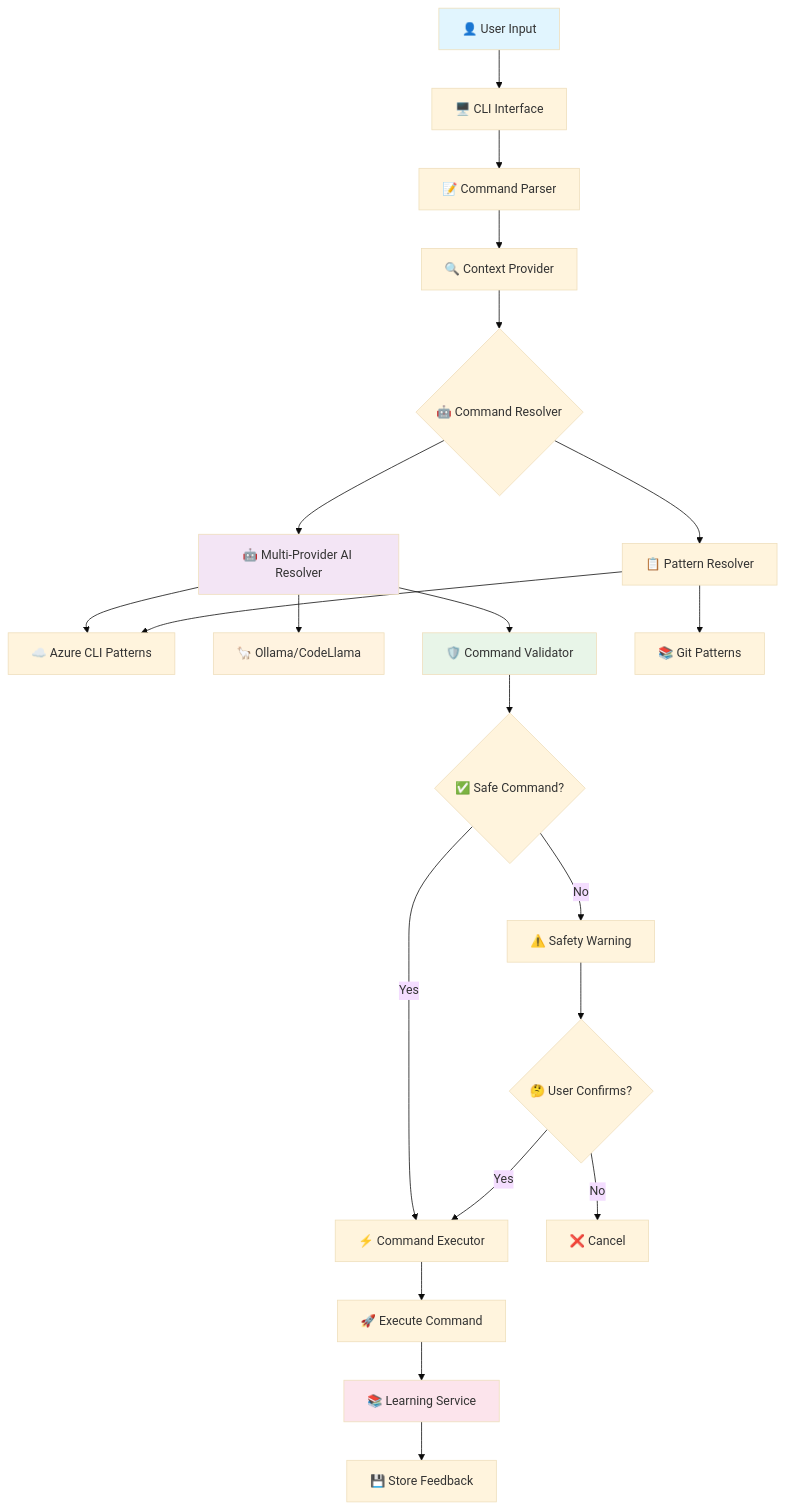
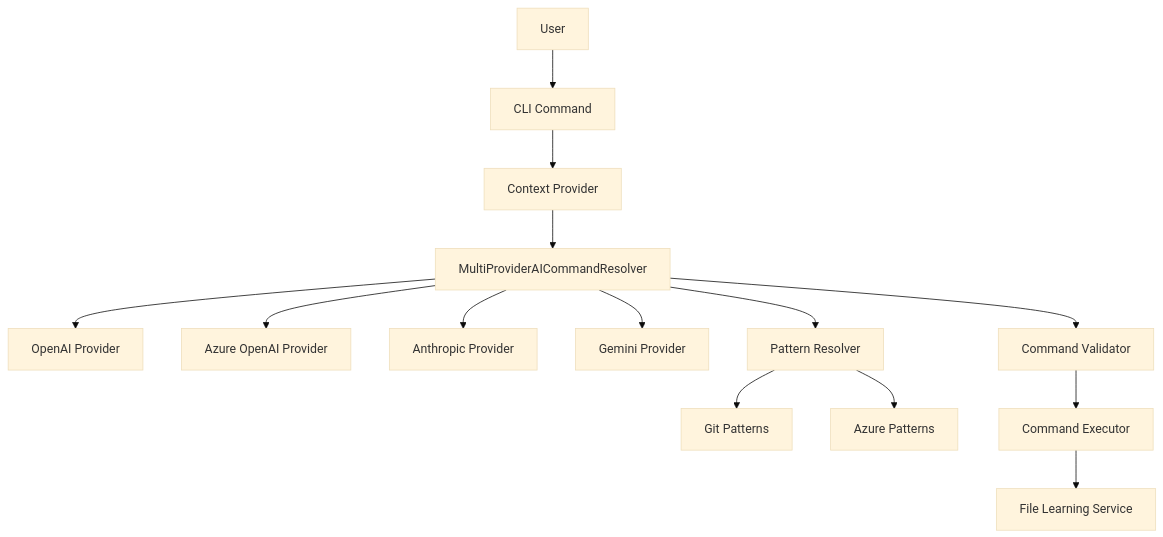
The first of 2 diagrams in ARCHITECTURE.md (yoshiwatanabe/cmdai), drawn with Mermaid (base theme) before and after one commit. The commit also changed other lines of this file and 21 other files, not shown here.

````diff
--- a/ARCHITECTURE.md
+++ b/ARCHITECTURE.md
@@ -9,33 +7,20 @@
 ```mermaid
 graph TB
-    User[👤 User Input] --> CLI[🖥️ CLI Interface]
-    CLI --> Parser[📝 Command Parser]
-    Parser --> Context[🔍 Context Provider]
-    Context --> Resolver{🤖 Command Resolver}
-    
-    Resolver --> AI[🤖 Multi-Provider AI Resolver]
-    AI --> Azure[🌐 Azure OpenAI]
-    AI --> Ollama[🦙 Ollama/CodeLlama]
-    AI --> Validator[🛡️ Command Validator]
-    
-    Resolver --> Fallback[📋 Pattern Resolver]
-    Fallback --> Git[📚 Git Patterns]
-    Fallback --> Azure[☁️ Azure CLI Patterns]
-    
-    Validator --> Safe{✅ Safe Command?}
-    Safe -->|Yes| Executor[⚡ Command Executor]
-    Safe -->|No| Warning[⚠️ Safety Warning]
-    Warning --> Confirm{🤔 User Confirms?}
-    Confirm -->|Yes| Executor
-    Confirm -->|No| Cancel[❌ Cancel]
-    
-    Executor --> Execute[🚀 Execute Command]
-    Execute --> Learning[📚 Learning Service]
-    Learning --> Feedback[💾 Store Feedback]
-    
-    style User fill:#e1f5fe
-    style AI fill:#f3e5f5
-    style Ollama fill:#fff3e0
-    style Validator fill:#e8f5e8
-    style Learning fill:#fce4ec
+    U[User] --> CLI[CLI Command]
+    CLI --> CP[Context Provider]
+    CP --> MPR[MultiProviderAICommandResolver]
+
+    MPR --> OAI[OpenAI Provider]
+    MPR --> AZ[Azure OpenAI Provider]
+    MPR --> AN[Anthropic Provider]
+    MPR --> GM[Gemini Provider]
+
+    MPR --> VAL[Command Validator]
+    MPR --> PAT[Pattern Resolver]
+
+    PAT --> GIT[Git Patterns]
+    PAT --> AZPAT[Azure Patterns]
+
+    VAL --> EXE[Command Executor]
+    EXE --> LEARN[File Learning Service]
 ```
````
